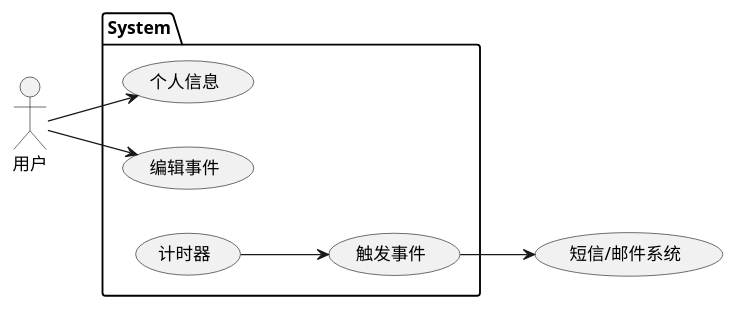
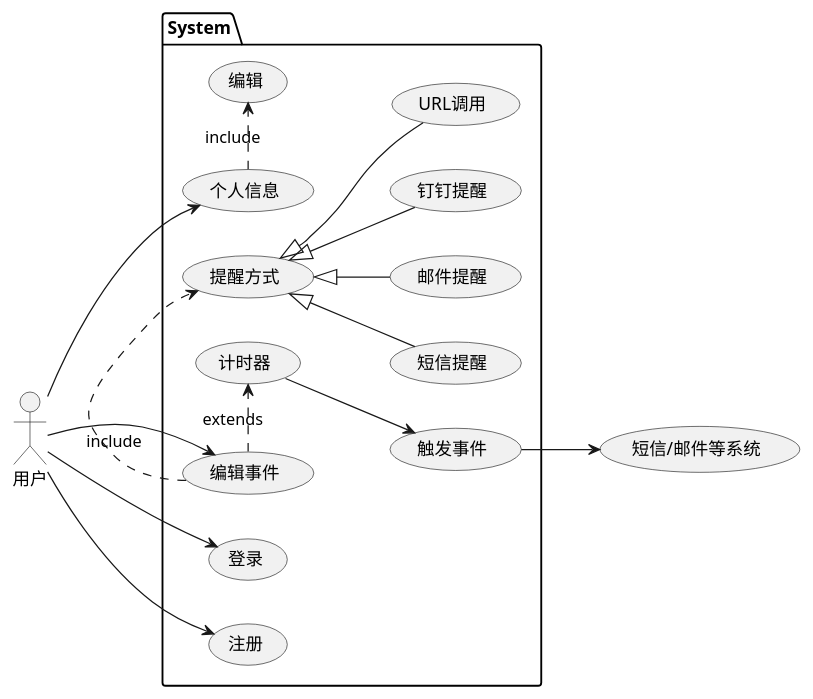
The first of 3 diagrams in RemindClock/README.md (youbl/products), drawn with PlantUML before and after one commit. The commit also changed other lines of this file, not shown here.

Commit message:
提醒时间工具：需求文档里的Plantuml用例图、关键流程图、类图补充

````diff
--- a/RemindClock/README.md
+++ b/RemindClock/README.md
@@ -33,17 +33,34 @@
 ```plantuml
 @startuml
 left to right direction
 actor 用户 as user
-usecase "短信/邮件系统" as sms
+usecase "短信/邮件等系统" as sms
 package System {
+  usecase "登录" as UC_Login
   usecase "个人信息" as UC_Profile
+  usecase "注册" as UC_Register
+  usecase "编辑" as UC_Modify
   usecase "编辑事件" as UC_Edit
+  usecase "提醒方式" as UC_Notify
+  usecase "短信提醒" as UC_Sms
+  usecase "邮件提醒" as UC_Email
+  usecase "钉钉提醒" as UC_Dingding
+  usecase "URL调用" as UC_Url
   usecase 计时器 as UC_Timer
   usecase 触发事件 as UC_Event
 }
+user --> UC_Register
+user --> UC_Login
 user --> UC_Profile
+UC_Profile .> UC_Modify: include
 user --> UC_Edit
+UC_Edit .> UC_Notify: include
+UC_Notify <|-- UC_Sms
+UC_Notify <|-- UC_Email
+UC_Notify <|-- UC_Dingding
+UC_Notify <|-- UC_Url
+UC_Edit .> UC_Timer: extends
 UC_Timer --> UC_Event
 UC_Event --> sms
 @enduml
 ```
````
